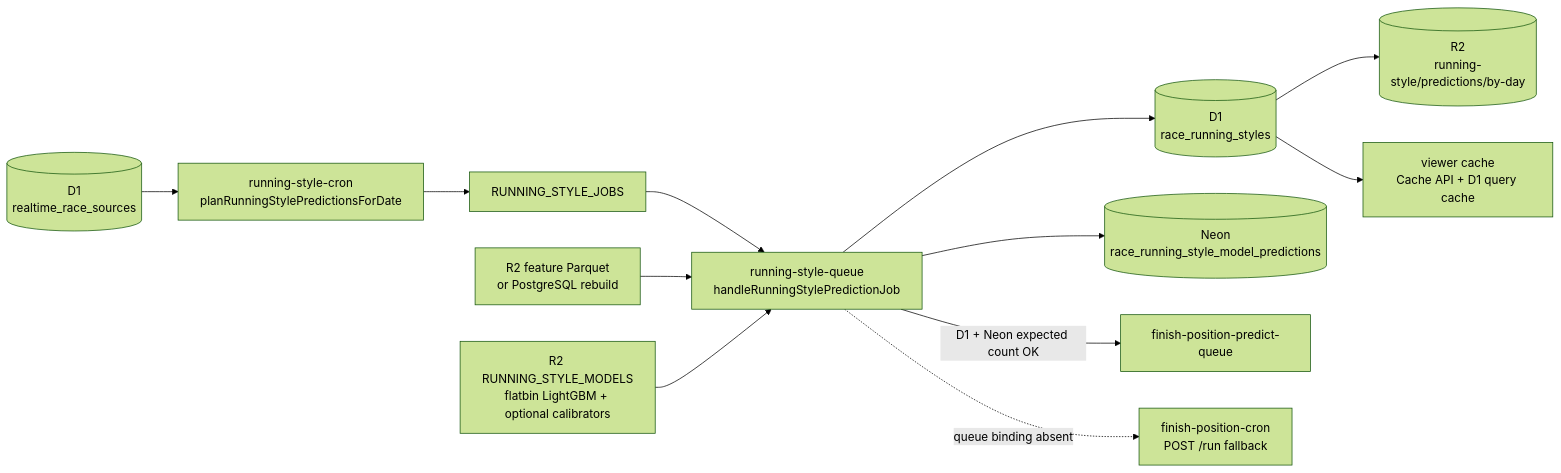
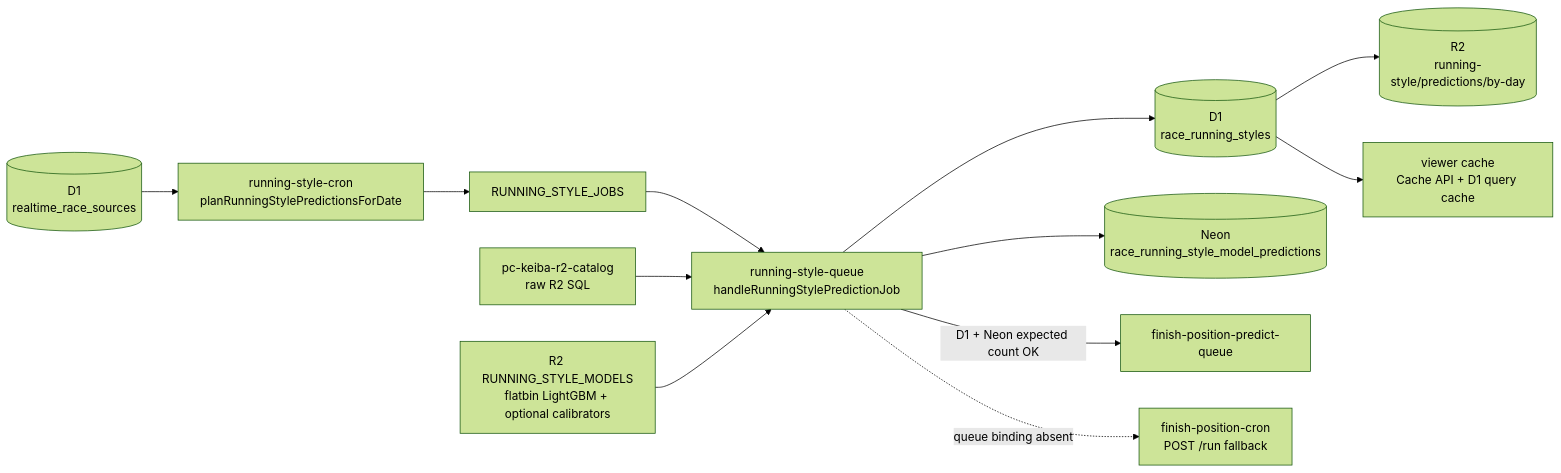
The third of 11 diagrams in docs/finish-position-prediction-system.md (kkkaoru/horse-racing-data), drawn with Mermaid (forest theme) before and after one commit. The commit also changed other lines of this file and 49 other files, not shown here.

Commit message:
refactor(prediction): build features from raw R2 catalog

````diff
--- a/docs/finish-position-prediction-system.md
+++ b/docs/finish-position-prediction-system.md
@@ -302,25 +306,25 @@
 ```mermaid
 flowchart LR
     D1R[("D1<br/>realtime_race_sources")]
     PLAN["running-style-cron<br/>planRunningStylePredictionsForDate"]
     Q["RUNNING_STYLE_JOBS"]
     H["running-style-queue<br/>handleRunningStylePredictionJob"]
-    FEAT["R2 feature Parquet<br/>or PostgreSQL rebuild"]
+    FEAT["pc-keiba-r2-catalog<br/>raw R2 SQL"]
     MODEL["R2 RUNNING_STYLE_MODELS<br/>flatbin LightGBM + optional calibrators"]
     D1RS[("D1<br/>race_running_styles")]
     NEONRS[("Neon<br/>race_running_style_model_predictions")]
     R2DAY[("R2<br/>running-style/predictions/by-day")]
     CACHE["viewer cache<br/>Cache API + D1 query cache"]
     FPQ["finish-position-predict-queue"]
     FPF["finish-position-cron<br/>POST /run fallback"]
 
     D1R --> PLAN --> Q --> H
     FEAT --> H
     MODEL --> H
     H --> D1RS
     H --> NEONRS
     D1RS --> R2DAY
     D1RS --> CACHE
     H -->|"D1 + Neon expected count OK"| FPQ
     H -.->|"queue binding absent"| FPF
 ```
````
